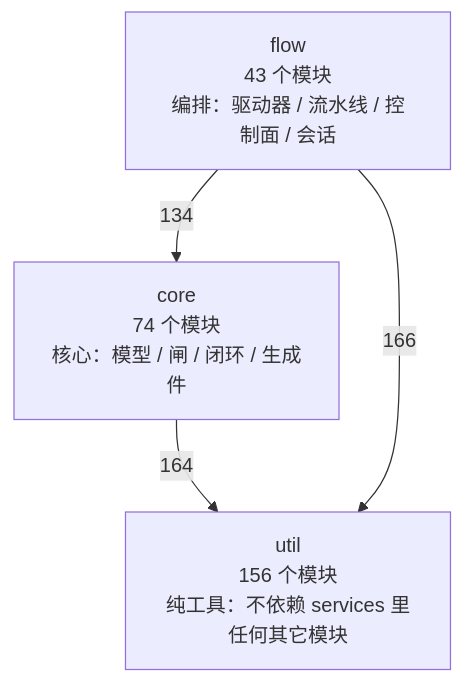
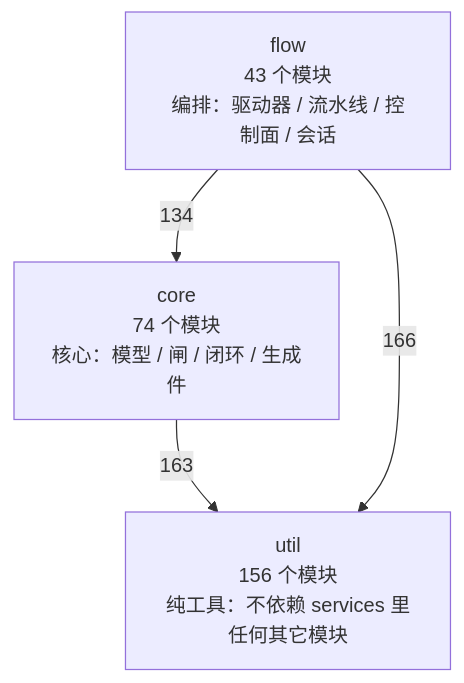
One commit to 2686521696/WhyBuddy changed the first of 4 diagrams in docs/SlideRule V6.2 架构图（自动生成）.md. Above: the diagram before and after it, drawn with Mermaid. The commit also changed other lines of this file and 15 other files, not shown here.

````diff
--- a/docs/SlideRule V6.2 架构图（自动生成）.md
+++ b/docs/SlideRule V6.2 架构图（自动生成）.md
@@ -50,9 +50,9 @@
 ```mermaid
 flowchart TB
   util["util<br/>156 个模块<br/>纯工具：不依赖 services 里任何其它模块"]
   core["core<br/>74 个模块<br/>核心：模型 / 闸 / 闭环 / 生成件"]
   flow["flow<br/>43 个模块<br/>编排：驱动器 / 流水线 / 控制面 / 会话"]
-  core -->|164| util
+  core -->|163| util
   flow -->|134| core
   flow -->|166| util
 ```
````
